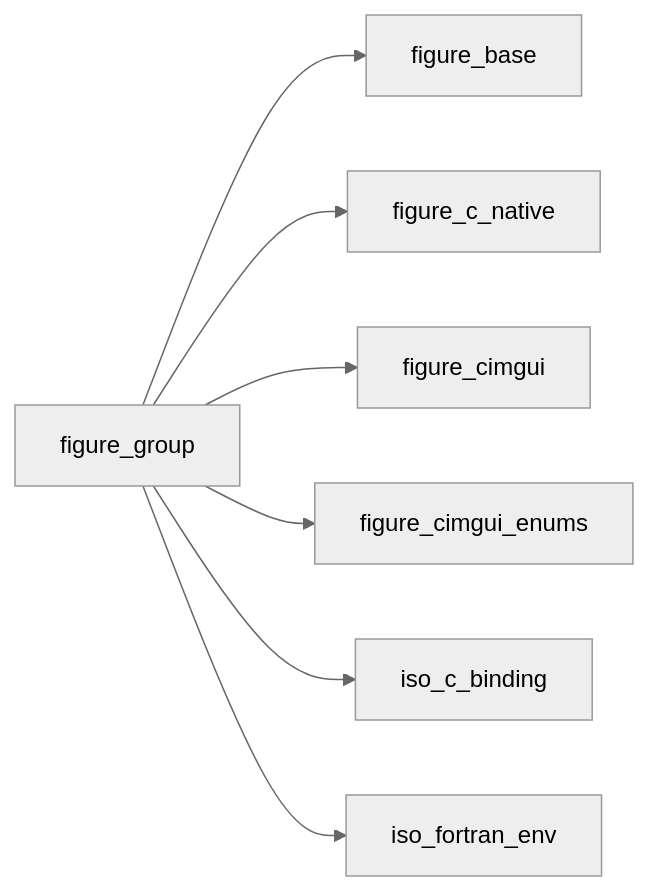
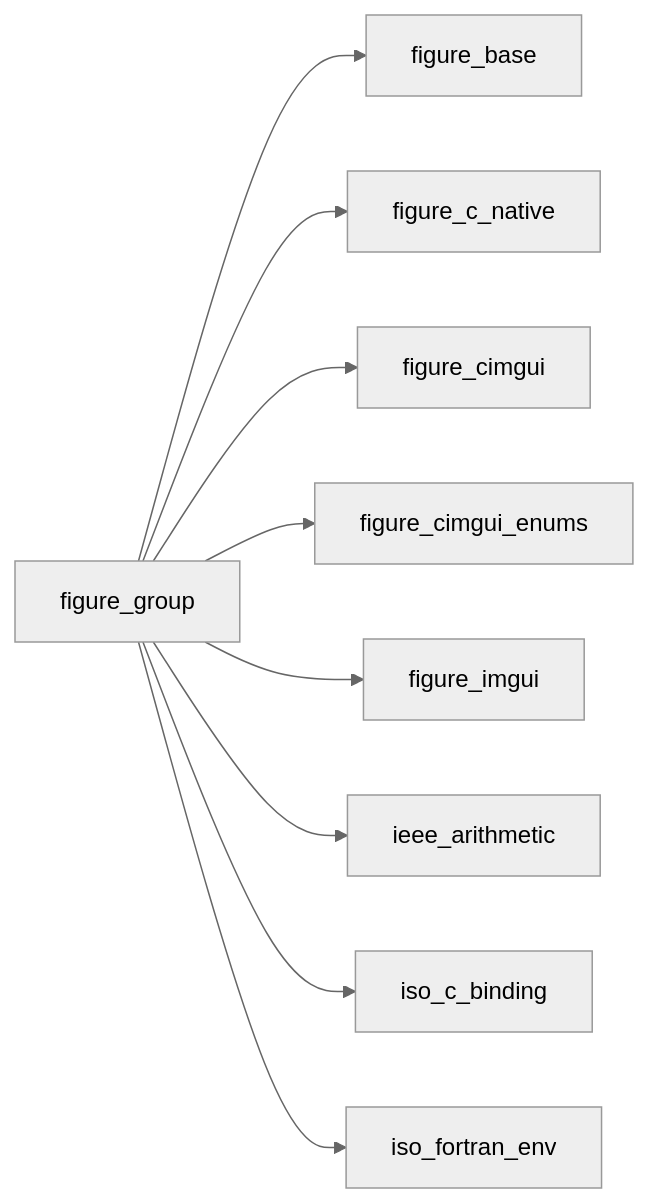
The first of 40 diagrams in docs/api/src/lib/figure_group.md (szaghi/figure), drawn with Mermaid (neutral theme) before and after one commit. The commit also changed other lines of this file and 54 other files, not shown here.

````diff
--- a/docs/api/src/lib/figure_group.md
+++ b/docs/api/src/lib/figure_group.md
@@ -25,9 +33,16 @@
 ```mermaid
 graph LR
   figure_group["figure_group"] --> figure_base["figure_base"]
   figure_group["figure_group"] --> figure_c_native["figure_c_native"]
   figure_group["figure_group"] --> figure_cimgui["figure_cimgui"]
   figure_group["figure_group"] --> figure_cimgui_enums["figure_cimgui_enums"]
+  figure_group["figure_group"] --> figure_imgui["figure_imgui"]
+  figure_group["figure_group"] --> ieee_arithmetic["ieee_arithmetic"]
   figure_group["figure_group"] --> iso_c_binding["iso_c_binding"]
   figure_group["figure_group"] --> iso_fortran_env["iso_fortran_env"]
+  click figure_base href "figure_base.html" "figure_base"
+  click figure_c_native href "figure_c_native.html" "figure_c_native"
+  click figure_cimgui href "figure_cimgui.html" "figure_cimgui"
+  click figure_cimgui_enums href "figure_cimgui_enums.html" "figure_cimgui_enums"
+  click figure_imgui href "figure_imgui.html" "figure_imgui"
 ```
````
